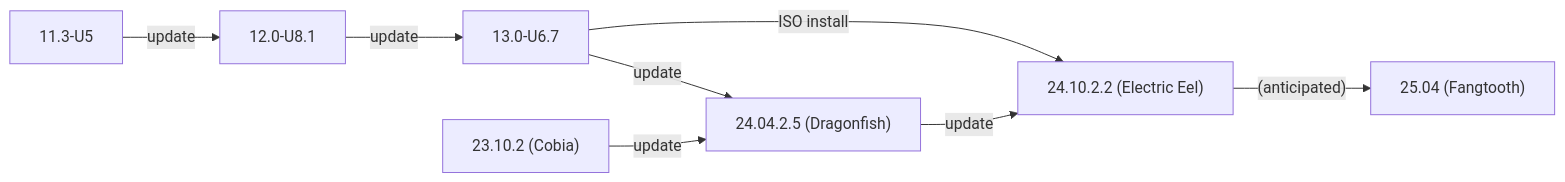
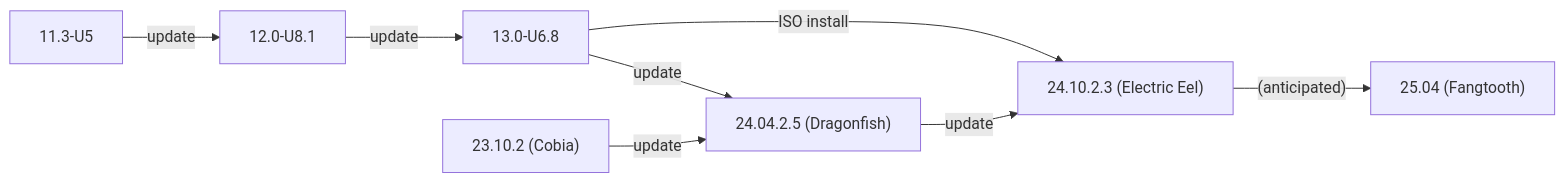
One commit to truenas/documentation changed the second of 2 diagrams in static/includes/SCALEUpgradePaths.md. Above: the diagram before and after it, drawn with Mermaid. The commit also changed other lines of this file, not shown here.

```diff
--- a/static/includes/SCALEUpgradePaths.md
+++ b/static/includes/SCALEUpgradePaths.md
@@ -87,11 +87,11 @@
           {{< mermaid class="mermaid_sizing" >}}
           flowchart LR
             A["11.3-U5"] -->|update| B
             B["12.0-U8.1"] -->|update| C
-            C["13.0-U6.7"] -->|ISO install| F
+            C["13.0-U6.8"] -->|ISO install| F
             C -->|update| E
             D["23.10.2 (Cobia)"] -->|update| E
             E["24.04.2.5 (Dragonfish)"]  -->|update| F
-            F["24.10.2.2 (Electric Eel)"] -->|"(anticipated)"| G
+            F["24.10.2.3 (Electric Eel)"] -->|"(anticipated)"| G
             G["25.04 (Fangtooth)"]
           {{< /mermaid >}}
```
